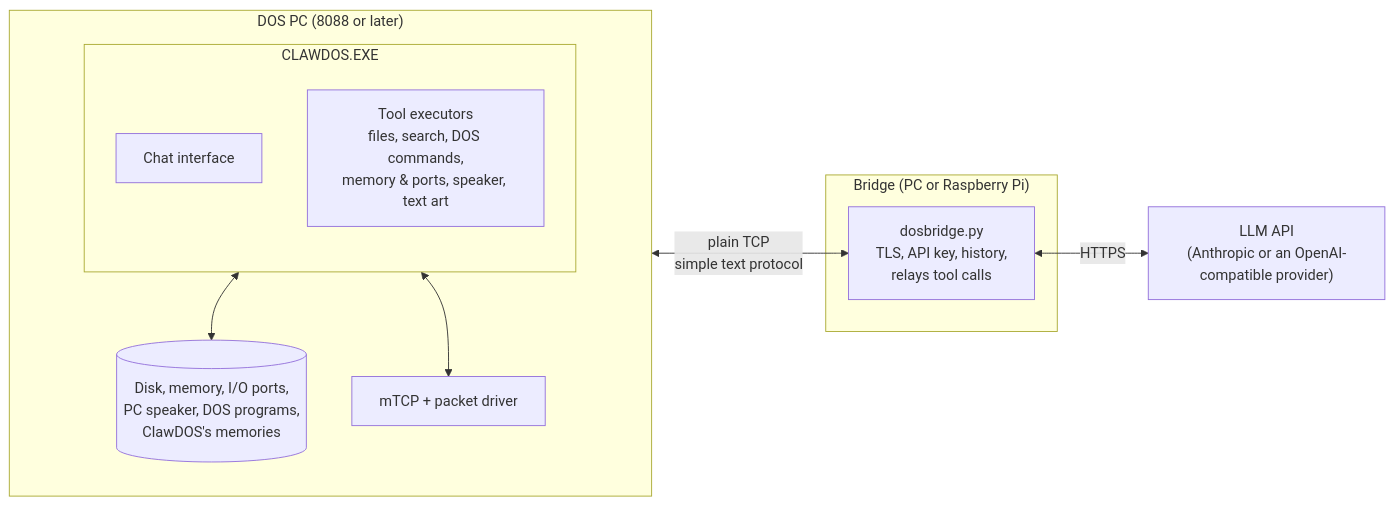
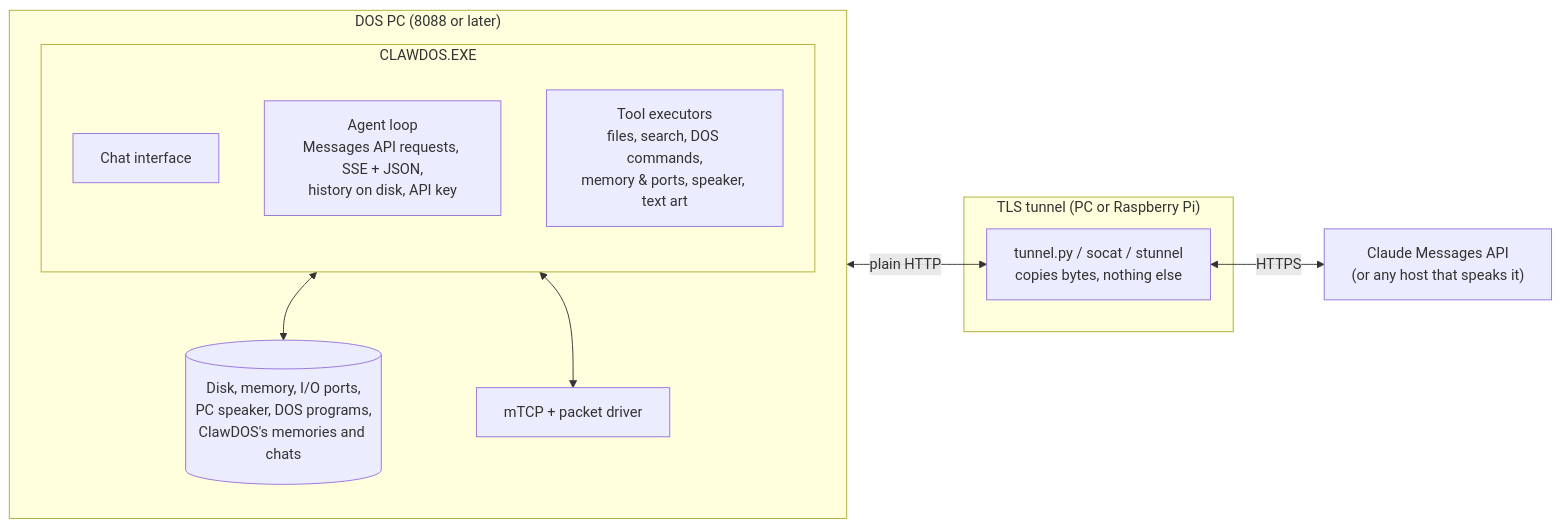
Before and after one commit to Ricapar/ClawDOS: the diagram in README.md, drawn with Mermaid. The commit also changed other lines of this file and 36 other files, not shown here.

Commit message:
Remove the bridge: CLAWDOS is the harness, Python is a tunnel and a mock

````diff
--- a/README.md
+++ b/README.md
@@ -49,24 +49,25 @@
 ```mermaid
 flowchart LR
     subgraph DOS["DOS PC (8088 or later)"]
         direction TB
         subgraph APP["CLAWDOS.EXE"]
             direction TB
             UI["Chat interface"]
+            LOOP["Agent loop<br/>Messages API requests, SSE + JSON,<br/>history on disk, API key"]
             TOOLS["Tool executors<br/>files, search, DOS commands,<br/>memory &amp; ports, speaker, text art"]
         end
-        SYS[("Disk, memory, I/O ports,<br/>PC speaker, DOS programs,<br/>ClawDOS's memories")]
+        SYS[("Disk, memory, I/O ports,<br/>PC speaker, DOS programs,<br/>ClawDOS's memories and chats")]
         NET["mTCP + packet driver"]
         TOOLS <--> SYS
         APP <--> NET
     end
 
-    subgraph SHIM["Bridge (PC or Raspberry Pi)"]
-        BRIDGE["dosbridge.py<br/>TLS, API key, history,<br/>relays tool calls"]
+    subgraph SHIM["TLS tunnel (PC or Raspberry Pi)"]
+        TUNNEL["tunnel.py / socat / stunnel<br/>copies bytes, nothing else"]
     end
 
-    API["LLM API<br/>(Anthropic or an OpenAI-compatible provider)"]
+    API["Claude Messages API<br/>(or any host that speaks it)"]
 
-    NET <-->|"plain TCP<br/>simple text protocol"| BRIDGE
-    BRIDGE <-->|"HTTPS"| API
+    NET <-->|"plain HTTP"| TUNNEL
+    TUNNEL <-->|"HTTPS"| API
 ```
````
